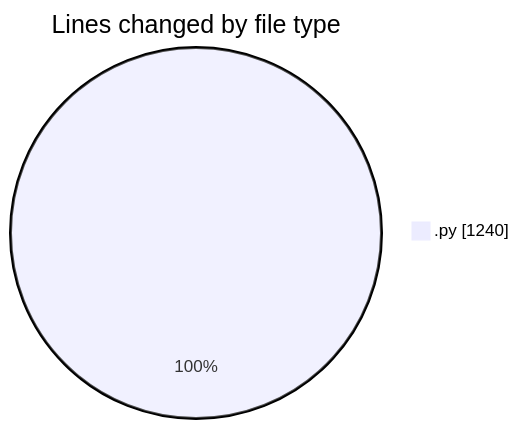
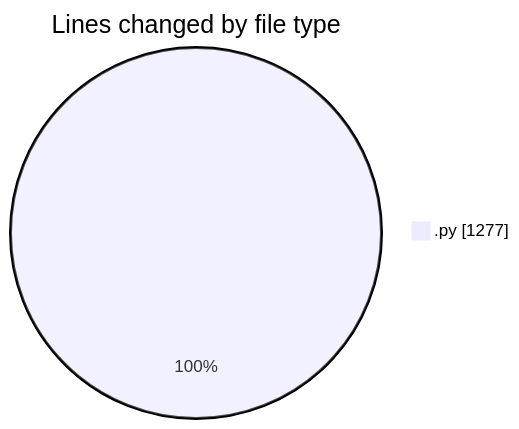
Before and after one commit to MatusMokan/code-tracking: the first of 2 diagrams in 2025-03-26/myws__workspace_/README.md, drawn with Mermaid. The commit also changed other lines of this file and 1 other file, not shown here.

````diff
--- a/2025-03-26/myws__workspace_/README.md
+++ b/2025-03-26/myws__workspace_/README.md
@@ -20,5 +20,5 @@
 ```mermaid
 pie showData
 title Lines changed by file type
-".py" : 1240
+".py" : 1277
 ```
````
